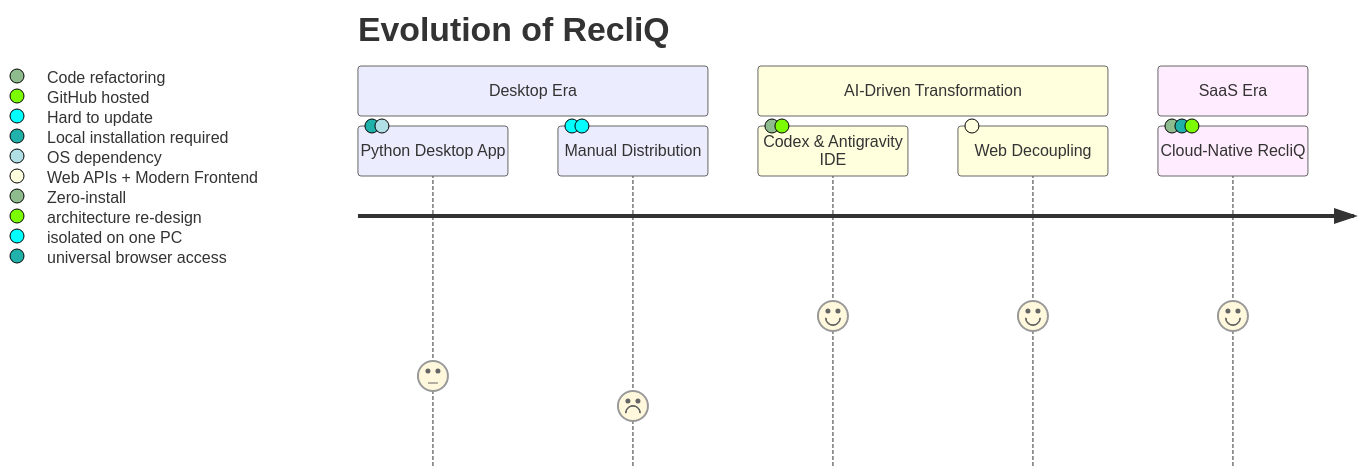
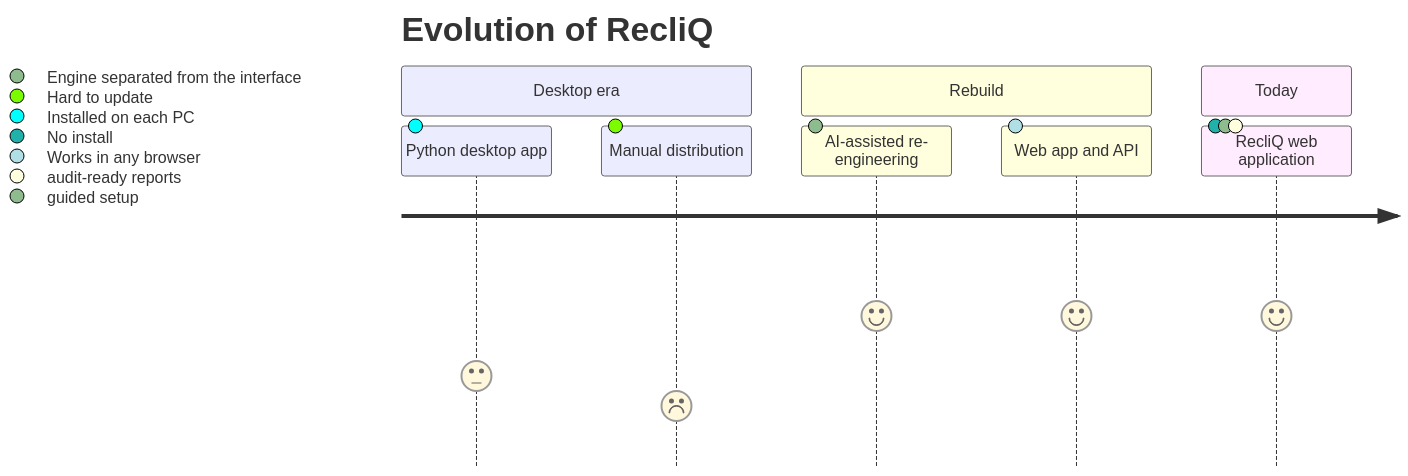
The first of 3 diagrams in docs/NON_TECHNICAL_GUIDE.md (jagdevs646/RecliQ), drawn with Mermaid before and after one commit. The commit also changed other lines of this file and 7 other files, not shown here.

````diff
--- a/docs/NON_TECHNICAL_GUIDE.md
+++ b/docs/NON_TECHNICAL_GUIDE.md
@@ -33,12 +32,12 @@
 ```mermaid
 journey
     title Evolution of RecliQ
-    section Desktop Era
-      Python Desktop App: 3: Local installation required, OS dependency
-      Manual Distribution: 2: Hard to update, isolated on one PC
-    section AI-Driven Transformation
-      Codex & Antigravity IDE: 5: Code refactoring, architecture re-design
-      Web Decoupling: 5: Web APIs + Modern Frontend
-    section SaaS Era
-      Cloud-Native RecliQ: 5: Zero-install, universal browser access, GitHub hosted
+    section Desktop era
+      Python desktop app: 3: Installed on each PC
+      Manual distribution: 2: Hard to update
+    section Rebuild
+      AI-assisted re-engineering: 5: Engine separated from the interface
+      Web app and API: 5: Works in any browser
+    section Today
+      RecliQ web application: 5: No install, guided setup, audit-ready reports
 ```
````
